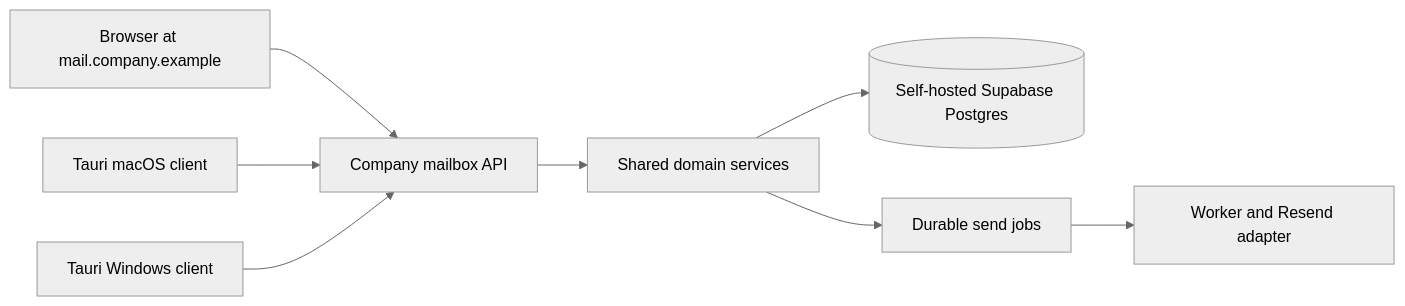
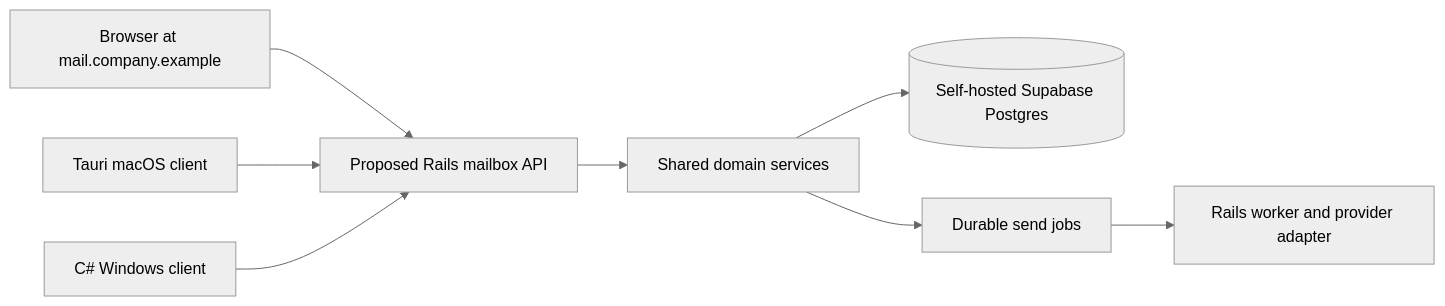
The diagram in docs/desktop-and-connectors.md (tanzeel-roseyco/elevateo-mail), drawn with Mermaid (neutral theme) before and after one commit. The commit also changed other lines of this file and 32 other files, not shown here.

````diff
--- a/docs/desktop-and-connectors.md
+++ b/docs/desktop-and-connectors.md
@@ -9,10 +9,10 @@
 ```mermaid
 flowchart LR
-    Web[Browser at mail.company.example] --> API[Company mailbox API]
+    Web[Browser at mail.company.example] --> API[Proposed Rails mailbox API]
     Mac[Tauri macOS client] --> API
-    Win[Tauri Windows client] --> API
+    Win[C# Windows client] --> API
     API --> Domain[Shared domain services]
     Domain --> PG[(Self-hosted Supabase Postgres)]
     Domain --> Queue[Durable send jobs]
-    Queue --> Worker[Worker and Resend adapter]
+    Queue --> Worker[Rails worker and provider adapter]
 ```
````
